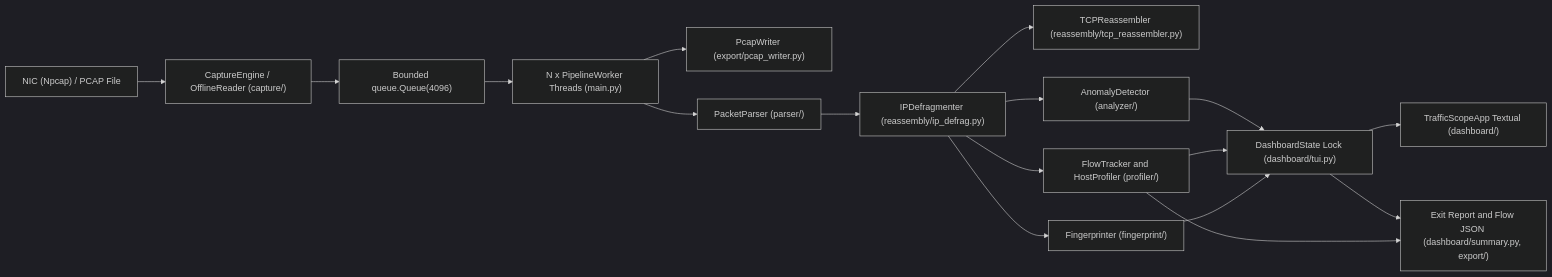
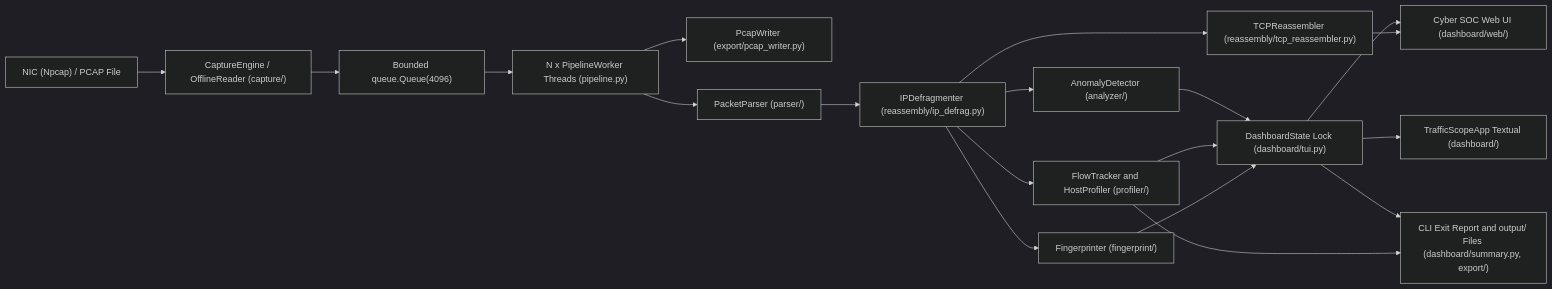
The diagram in README.md (Jaindu-Net/CodeAlpha_TrafficScope), drawn with Mermaid (dark theme) before and after one commit. The commit also changed other lines of this file, not shown here.

Commit message:
Update README with dual-mode web/CLI usage guides, exports, and output layout

````diff
--- a/README.md
+++ b/README.md
@@ -45,34 +265,37 @@
 ```mermaid
 flowchart LR
     NIC["NIC (Npcap) / PCAP File"]
     CE["CaptureEngine / OfflineReader (capture/)"]
     Q["Bounded queue.Queue(4096)"]
-    W["N x PipelineWorker Threads (main.py)"]
+    W["N x PipelineWorker Threads (pipeline.py)"]
     PW["PcapWriter (export/pcap_writer.py)"]
     PP["PacketParser (parser/)"]
     DEFRAG["IPDefragmenter (reassembly/ip_defrag.py)"]
     TCP["TCPReassembler (reassembly/tcp_reassembler.py)"]
     AD["AnomalyDetector (analyzer/)"]
     PF["FlowTracker and HostProfiler (profiler/)"]
     FP["Fingerprinter (fingerprint/)"]
     SS["DashboardState Lock (dashboard/tui.py)"]
     TUI["TrafficScopeApp Textual (dashboard/)"]
-    EXIT["Exit Report and Flow JSON (dashboard/summary.py, export/)"]
+    WEB["Cyber SOC Web UI (dashboard/web/)"]
+    EXIT["CLI Exit Report and output/ Files (dashboard/summary.py, export/)"]
 
     NIC --> CE
     CE --> Q
     Q --> W
     W --> PW
     W --> PP
     PP --> DEFRAG
     DEFRAG --> TCP
     DEFRAG --> AD
     DEFRAG --> PF
     DEFRAG --> FP
     AD --> SS
     PF --> SS
     FP --> SS
     SS --> TUI
+    SS --> WEB
+    TCP --> WEB
     SS --> EXIT
     PF --> EXIT
 ```
````
